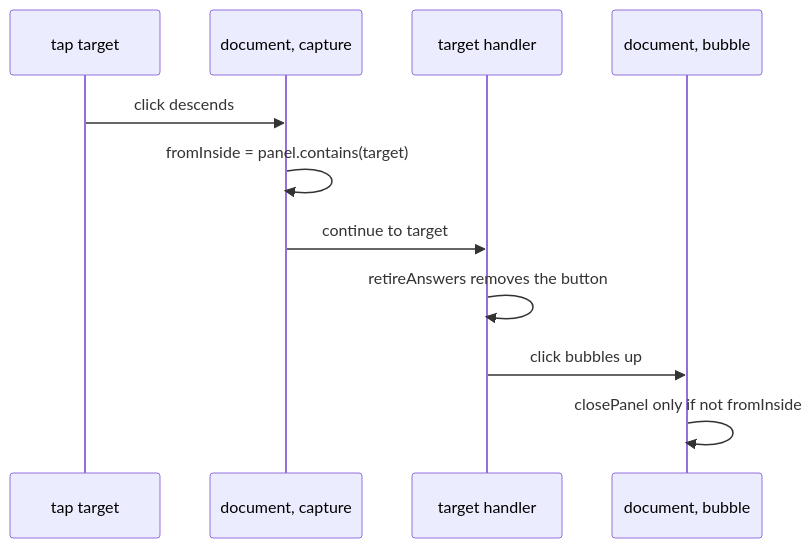
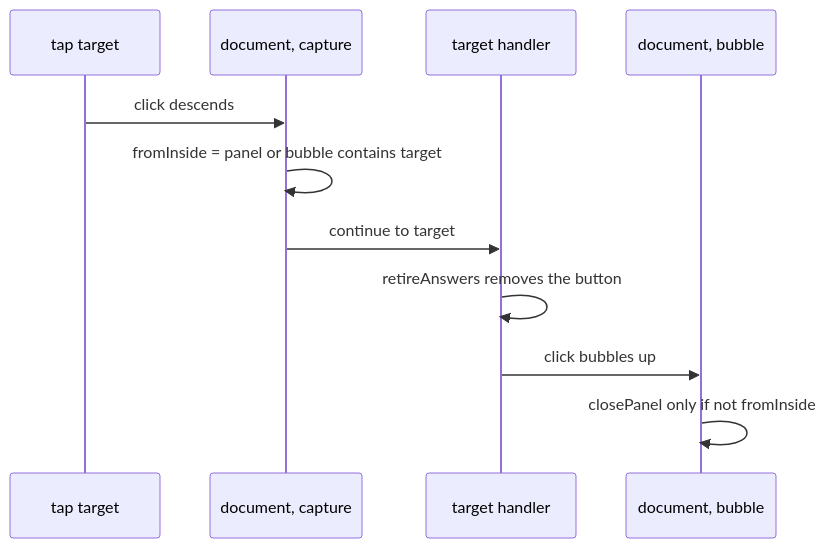
The diagram in docs/arch/12-click-outside.mmd (wai-lau/exec-fn), drawn with Mermaid before and after one commit. The commit also changed 42 other files, not shown here.

```diff
--- a/docs/arch/12-click-outside.mmd
+++ b/docs/arch/12-click-outside.mmd
@@ -1,11 +1,11 @@
 sequenceDiagram
   participant T as tap target
   participant C as document, capture
   participant H as target handler
   participant B as document, bubble
   T->>C: click descends
-  C->>C: fromInside = panel.contains(target)
+  C->>C: fromInside = panel or bubble contains target
   C->>H: continue to target
   H->>H: retireAnswers removes the button
   H->>B: click bubbles up
   B->>B: closePanel only if not fromInside
```
